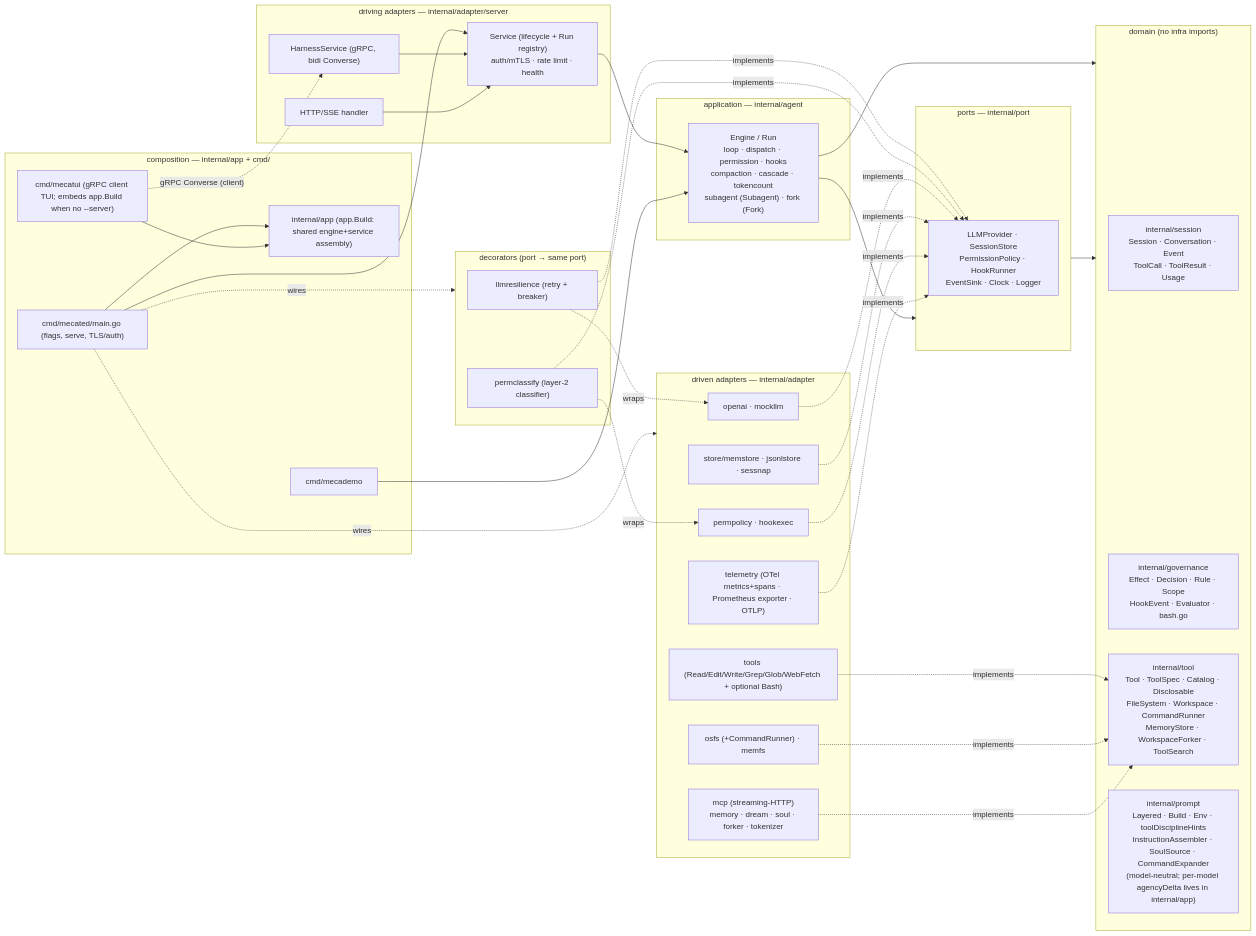
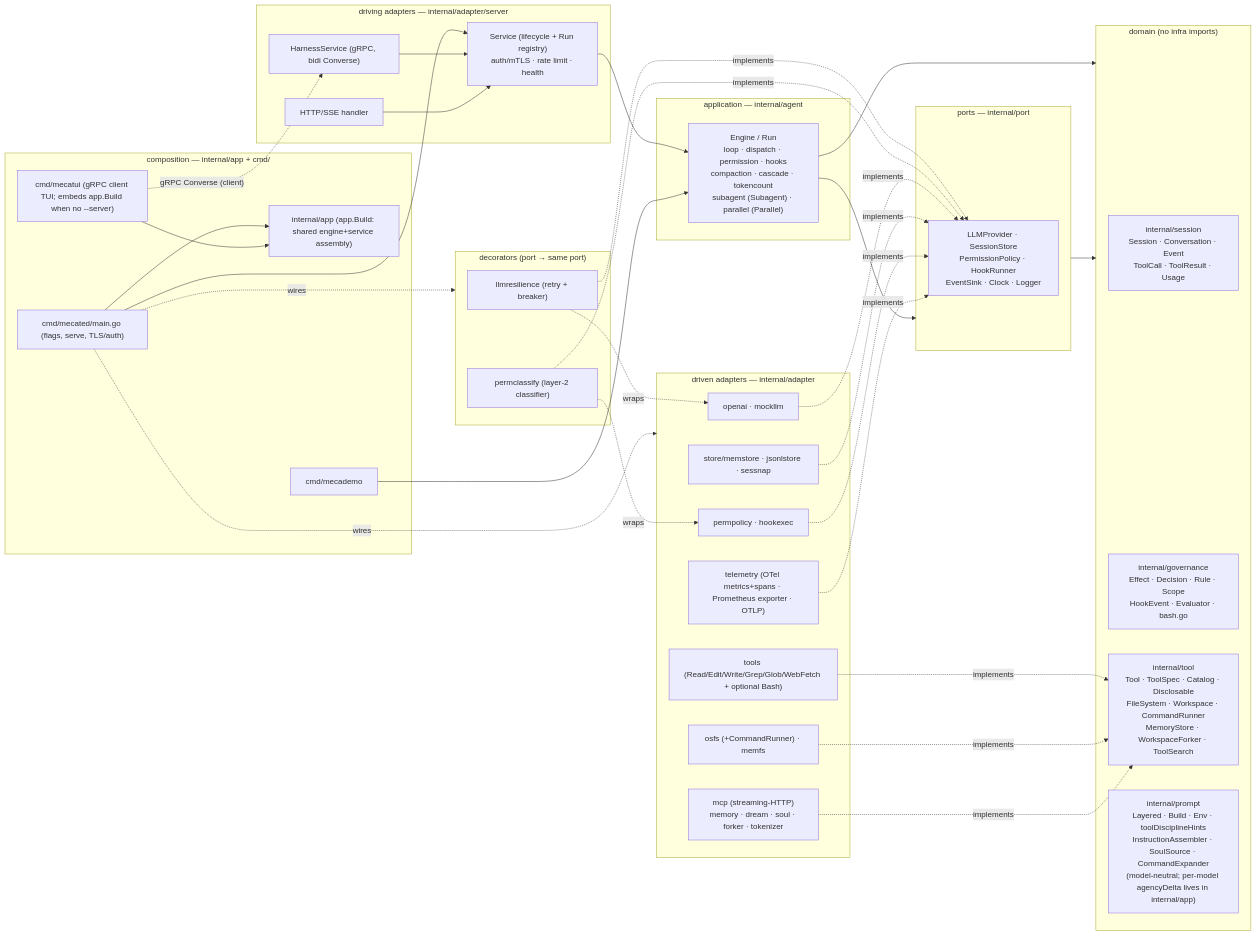
The first of 4 diagrams in docs/architecture.md (sabbanis/mecatl), drawn with Mermaid before and after one commit. The commit also changed other lines of this file and 27 other files, not shown here.

````diff
--- a/docs/architecture.md
+++ b/docs/architecture.md
@@ -41,69 +41,69 @@
 ```mermaid
 flowchart LR
   subgraph CMD["composition — internal/app + cmd/"]
     app["internal/app (app.Build: shared engine+service assembly)"]
     mecated["cmd/mecated/main.go (flags, serve, TLS/auth)"]
     demo["cmd/mecademo"]
     tui["cmd/mecatui (gRPC client TUI; embeds app.Build when no --server)"]
     mecated --> app
     tui --> app
   end
 
   subgraph DRIVING["driving adapters — internal/adapter/server"]
     grpc["HarnessService (gRPC, bidi Converse)"]
     http["HTTP/SSE handler"]
     svc["Service (lifecycle + Run registry)\nauth/mTLS · rate limit · health"]
   end
 
   subgraph APP["application — internal/agent"]
-    engine["Engine / Run\nloop · dispatch · permission · hooks\ncompaction · cascade · tokencount\nsubagent (Subagent) · fork (Fork)"]
+    engine["Engine / Run\nloop · dispatch · permission · hooks\ncompaction · cascade · tokencount\nsubagent (Subagent) · parallel (Parallel)"]
   end
 
   subgraph PORTS["ports — internal/port"]
     p["LLMProvider · SessionStore\nPermissionPolicy · HookRunner\nEventSink · Clock · Logger"]
   end
 
   subgraph DOMAIN["domain (no infra imports)"]
     sess["internal/session\nSession · Conversation · Event\nToolCall · ToolResult · Usage"]
     gov["internal/governance\nEffect · Decision · Rule · Scope\nHookEvent · Evaluator · bash.go"]
     tl["internal/tool\nTool · ToolSpec · Catalog · Disclosable\nFileSystem · Workspace · CommandRunner\nMemoryStore · WorkspaceForker · ToolSearch"]
     pr["internal/prompt\nLayered · Build · Env · toolDisciplineHints\nInstructionAssembler · SoulSource · CommandExpander\n(model-neutral; per-model agencyDelta lives in internal/app)"]
   end
 
   subgraph DECOR["decorators (port → same port)"]
     res["llmresilience (retry + breaker)"]
     pc["permclassify (layer-2 classifier)"]
   end
 
   subgraph DRIVEN["driven adapters — internal/adapter"]
     oai["openai · mockllm"]
     fs["osfs (+CommandRunner) · memfs"]
     st["store/memstore · jsonlstore · sessnap"]
     tools["tools (Read/Edit/Write/Grep/Glob/WebFetch + optional Bash)"]
     pp["permpolicy · hookexec"]
     tel["telemetry (OTel metrics+spans · Prometheus exporter · OTLP)"]
     ext["mcp (streaming-HTTP)\nmemory · dream · soul · forker · tokenizer"]
   end
 
   mecated --> svc --> engine
   demo --> engine
   tui -. "gRPC Converse (client)" .-> grpc
   grpc --> svc
   http --> svc
   engine --> PORTS
   engine --> DOMAIN
   PORTS --> DOMAIN
   res -.wraps.-> oai
   res -.implements.-> p
   pc -.wraps.-> pp
   pc -.implements.-> p
   oai -.implements.-> p
   st -.implements.-> p
   pp -.implements.-> p
   tel -.implements.-> p
   tools -.implements.-> tl
   fs -.implements.-> tl
   ext -.implements.-> tl
   mecated -. wires .-> DRIVEN
   mecated -. wires .-> DECOR
 ```
````
